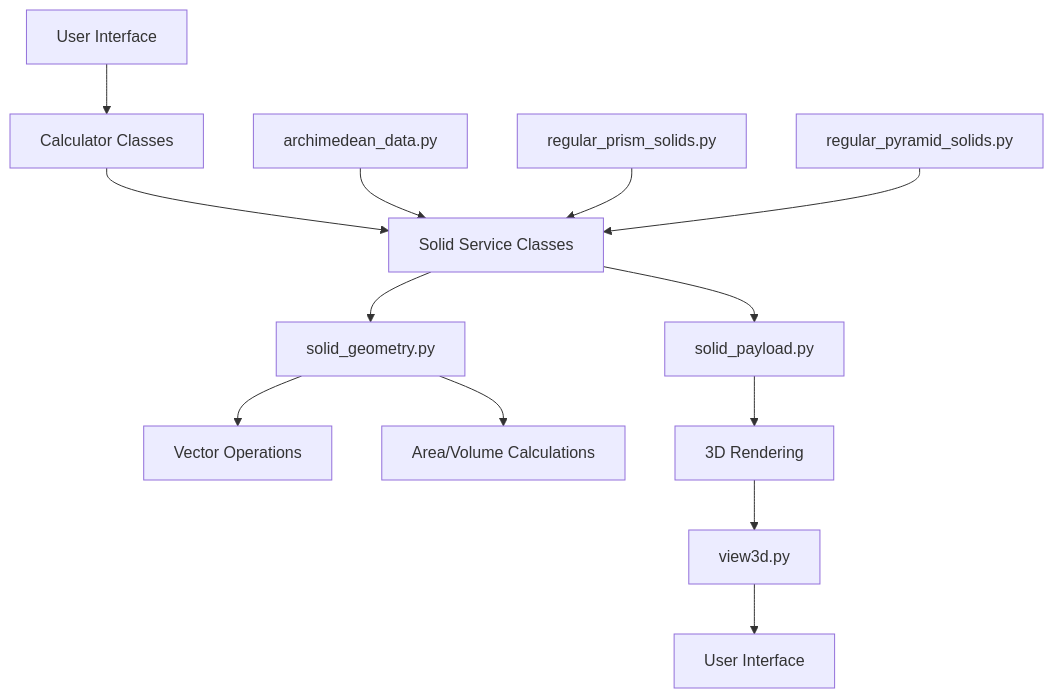
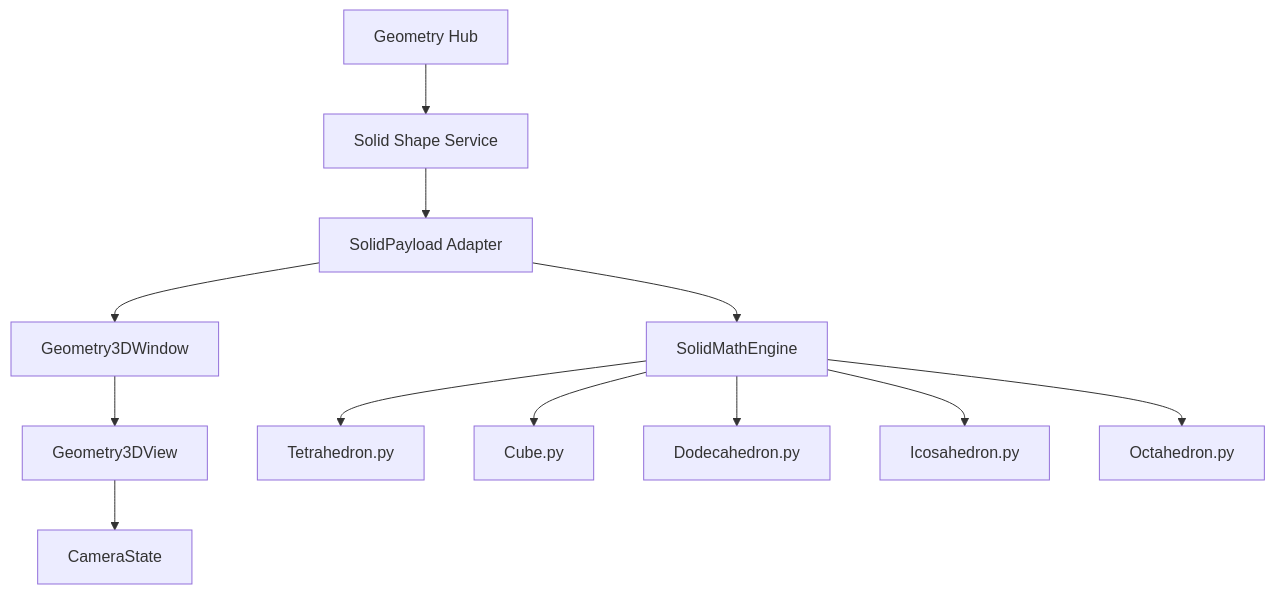
Before and after one commit to TheDaniel166/IsopGem: the first of 9 diagrams in .qoder/repowiki/en/content/Architecture Overview/Pillar-Based Architecture/Geometry Pillar/3D Solid Visualizations.md, drawn with Mermaid. The commit also changed other lines of this file and 29 other files, not shown here.

````diff
--- a/.qoder/repowiki/en/content/Architecture Overview/Pillar-Based Architecture/Geometry Pillar/3D Solid Visualizations.md
+++ b/.qoder/repowiki/en/content/Architecture Overview/Pillar-Based Architecture/Geometry Pillar/3D Solid Visualizations.md
@@ -38,15 +41,14 @@
 ```mermaid
 graph TD
-A[User Interface] --> B[Calculator Classes]
-B --> C[Solid Service Classes]
-C --> D[solid_geometry.py]
-D --> E[Vector Operations]
-D --> F[Area/Volume Calculations]
-C --> G[solid_payload.py]
-G --> H[3D Rendering]
-H --> I[view3d.py]
-I --> J[User Interface]
-K[archimedean_data.py] --> C
-L[regular_prism_solids.py] --> C
-M[regular_pyramid_solids.py] --> C
+GeometryHub[Geometry Hub] --> SolidService[Solid Shape Service]
+SolidService --> PayloadAdapter[SolidPayload Adapter]
+PayloadAdapter --> Geometry3DWindow[Geometry3DWindow]
+PayloadAdapter --> SolidMathEngine[SolidMathEngine]
+Geometry3DWindow --> Geometry3DView[Geometry3DView]
+Geometry3DView --> CameraState[CameraState]
+SolidMathEngine --> tetrahedron[Tetrahedron.py]
+SolidMathEngine --> cube[Cube.py]
+SolidMathEngine --> dodecahedron[Dodecahedron.py]
+SolidMathEngine --> icosahedron[Icosahedron.py]
+SolidMathEngine --> octahedron[Octahedron.py]
 ```
````
